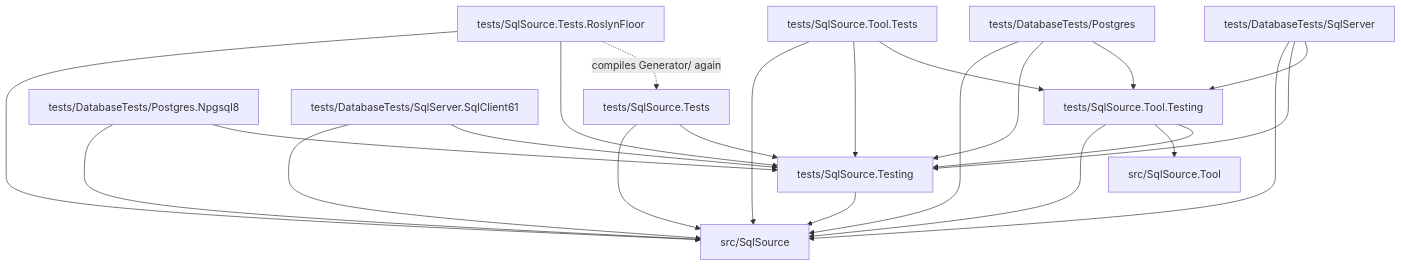
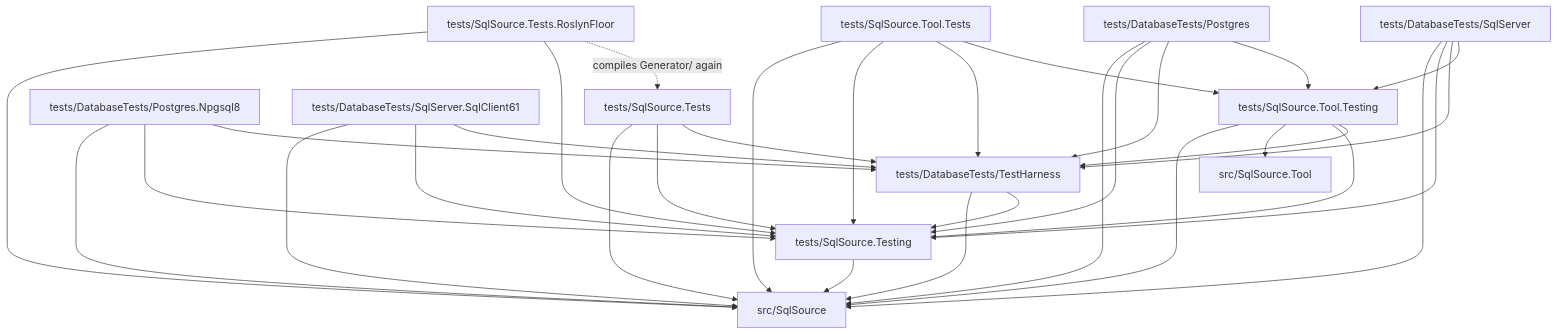
One commit to mbcrawfo/SqlSource changed the diagram in tests/README.md. Above: the diagram before and after it, drawn with Mermaid. The commit also changed other lines of this file and 14 other files, not shown here.

Commit message:
Describe the three test libraries and point every document at the harness

````diff
--- a/tests/README.md
+++ b/tests/README.md
@@ -60,37 +61,47 @@
 ```mermaid
 graph TD
     Generator["src/SqlSource"]
     Tool["src/SqlSource.Tool"]
     Tests["tests/SqlSource.Tests"]
     Floor["tests/SqlSource.Tests.RoslynFloor"]
     ToolTests["tests/SqlSource.Tool.Tests"]
     Postgres["tests/DatabaseTests/Postgres"]
     Npgsql8["tests/DatabaseTests/Postgres.Npgsql8"]
     SqlServer["tests/DatabaseTests/SqlServer"]
     SqlClient61["tests/DatabaseTests/SqlServer.SqlClient61"]
     Testing["tests/SqlSource.Testing"]
+    Harness["tests/DatabaseTests/TestHarness"]
     ToolTesting["tests/SqlSource.Tool.Testing"]
 
     Tests --> Generator
     Tests --> Testing
+    Tests --> Harness
     Floor --> Generator
     Floor --> Testing
     Floor -.->|compiles Generator/ again| Tests
     ToolTests --> Generator
     ToolTests --> Testing
+    ToolTests --> Harness
     ToolTests --> ToolTesting
     Postgres --> Generator
     Postgres --> Testing
+    Postgres --> Harness
     Postgres --> ToolTesting
     Npgsql8 --> Generator
     Npgsql8 --> Testing
+    Npgsql8 --> Harness
     SqlServer --> Generator
     SqlServer --> Testing
+    SqlServer --> Harness
     SqlServer --> ToolTesting
     SqlClient61 --> Generator
     SqlClient61 --> Testing
+    SqlClient61 --> Harness
+    Harness --> Generator
+    Harness --> Testing
     Testing --> Generator
     ToolTesting --> Generator
     ToolTesting --> Tool
     ToolTesting --> Testing
+    ToolTesting --> Harness
 ```
````
